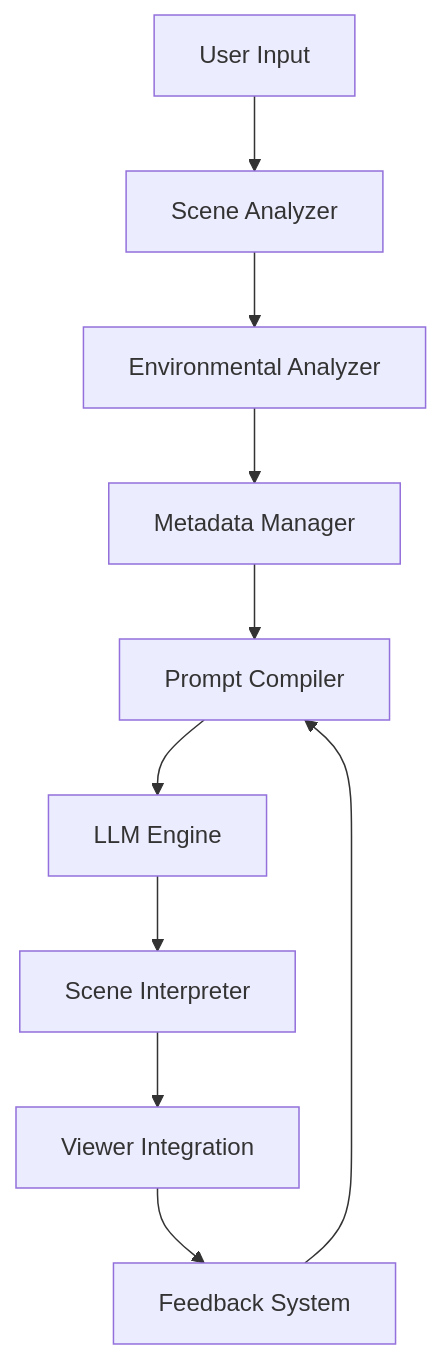
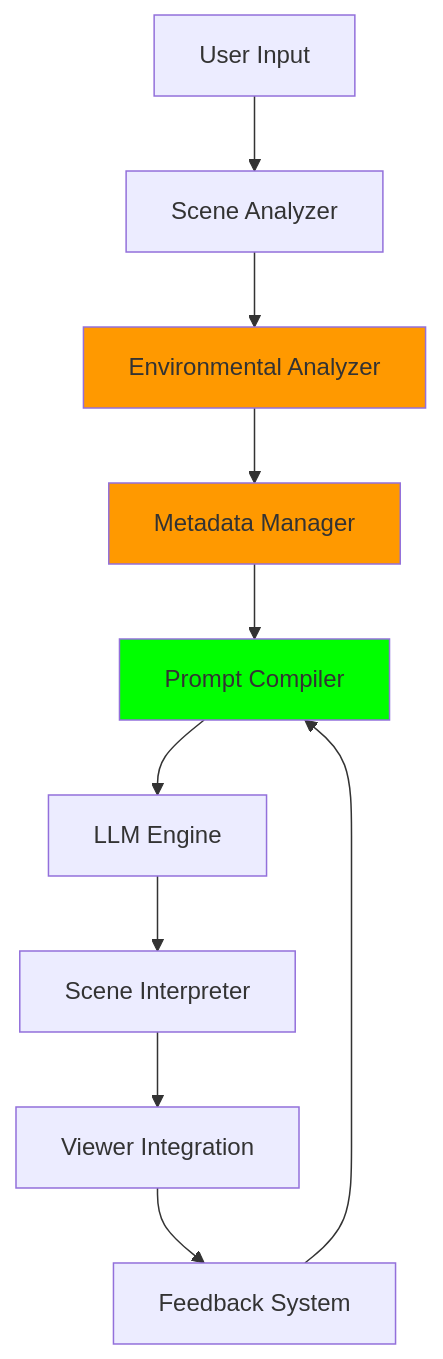
The diagram in docs/features/p2p/ARCHITECTURE.md (mcfwalker/qwkshot), drawn with Mermaid before and after one commit. The commit also changed other lines of this file and 21 other files, not shown here.

Commit message:
docs: Update P2P pipeline documentation and component status - Update overview, READMEs, add status report, update roadmap and architecture

````diff
--- a/docs/features/p2p/ARCHITECTURE.md
+++ b/docs/features/p2p/ARCHITECTURE.md
@@ -84,12 +100,17 @@
 ```mermaid
 graph TD
     A[User Input] --> B[Scene Analyzer]
     B --> C[Environmental Analyzer]
     C --> D[Metadata Manager]
     D --> E[Prompt Compiler]
     E --> F[LLM Engine]
     F --> G[Scene Interpreter]
     G --> H[Viewer Integration]
     H --> I[Feedback System]
     I --> E
+    
+    %% Current Focus Areas
+    style C fill:#ff9900
+    style D fill:#ff9900
+    style E fill:#00ff00
 ```
````
